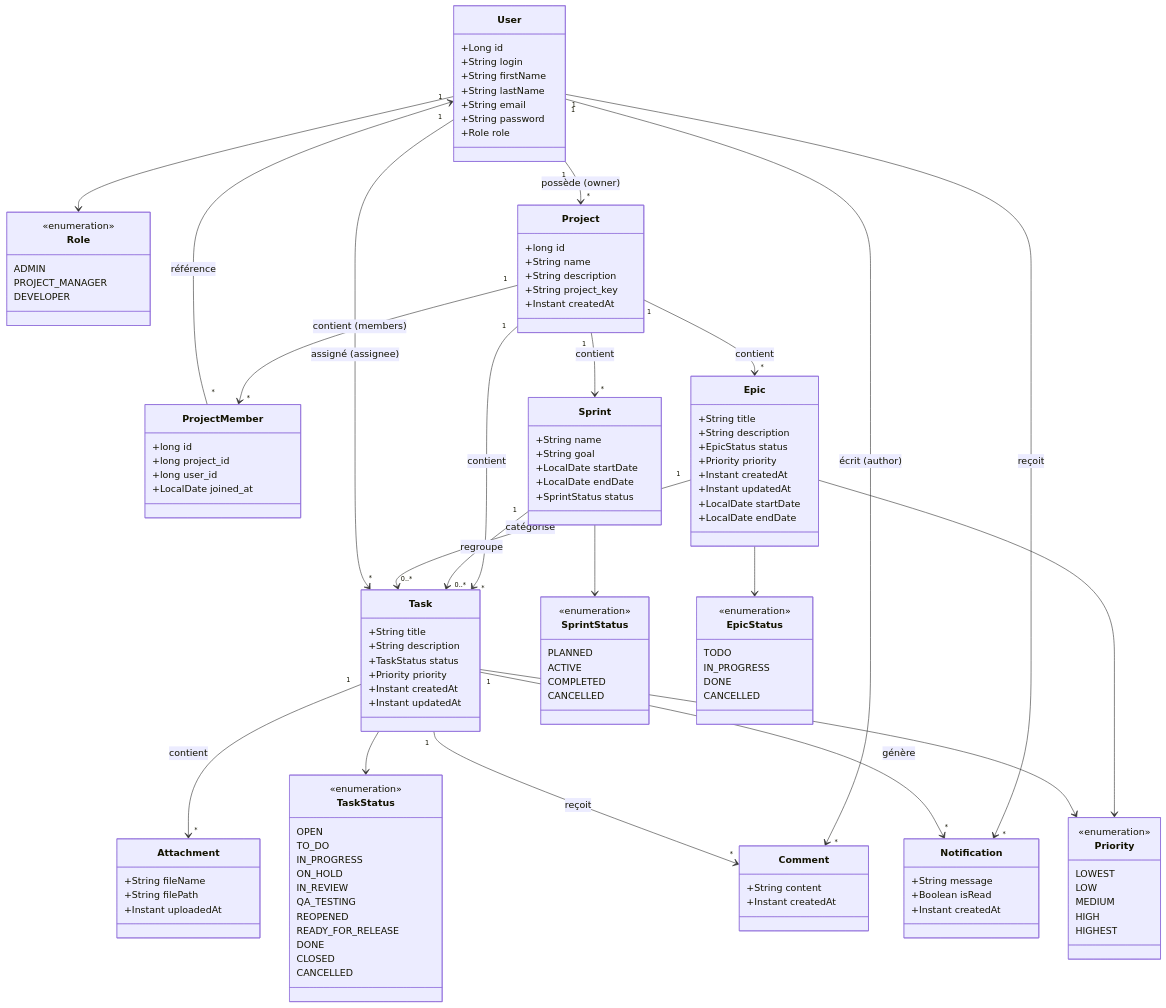
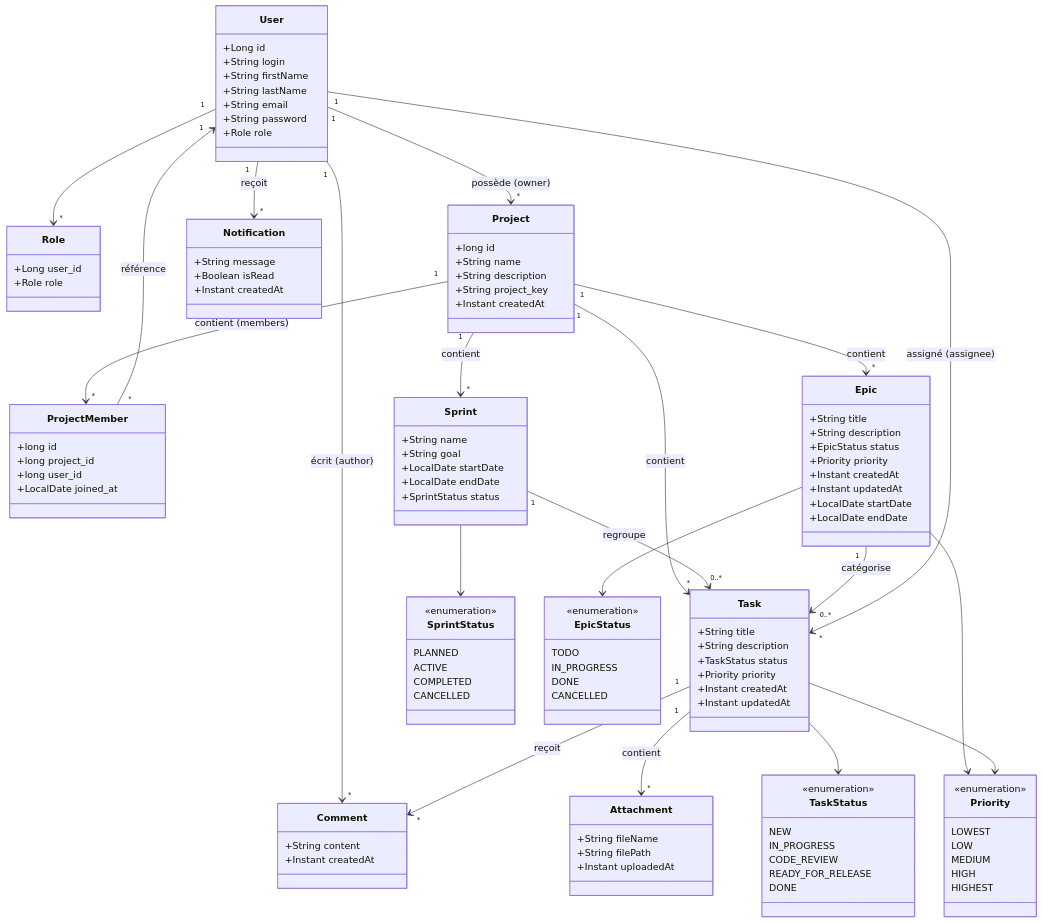
The first of 8 diagrams in docs/fiche-classes.md (24231-Brahim/gestion_taches), drawn with Mermaid before and after one commit.

```diff
--- a/docs/fiche-classes.md
+++ b/docs/fiche-classes.md
@@ -18,10 +18,8 @@
     }
 
     class Role {
-        <<enumeration>>
-        ADMIN
-        PROJECT_MANAGER
-        DEVELOPER
+        +Long user_id
+        +Role role
     }
 
     class Project {
@@ -102,17 +100,11 @@
 
     class TaskStatus {
         <<enumeration>>
-        OPEN
-        TO_DO
+        NEW
         IN_PROGRESS
-        ON_HOLD
-        IN_REVIEW
-        QA_TESTING
-        REOPENED
+        CODE_REVIEW
         READY_FOR_RELEASE
         DONE
-        CLOSED
-        CANCELLED
     }
 
     class Priority {
@@ -124,9 +116,9 @@
         HIGHEST
     }
 
-    User --> Role
     User "1" --> "*" Project : possède (owner)
     User "1" --> "*" Notification : reçoit
+    User "1" --> "*" Role
     Project "1" --> "*" ProjectMember : contient (members)
     ProjectMember "*" --> "1" User : référence
     Project "1" --> "*" Sprint : contient
@@ -138,7 +130,6 @@
     User "1" --> "*" Task : assigné (assignee)
     Task "1" --> "*" Comment : reçoit
     Task "1" --> "*" Attachment : contient
-    Task "1" --> "*" Notification : génère
     Sprint --> SprintStatus
     Epic --> EpicStatus
     Task --> TaskStatus
```
